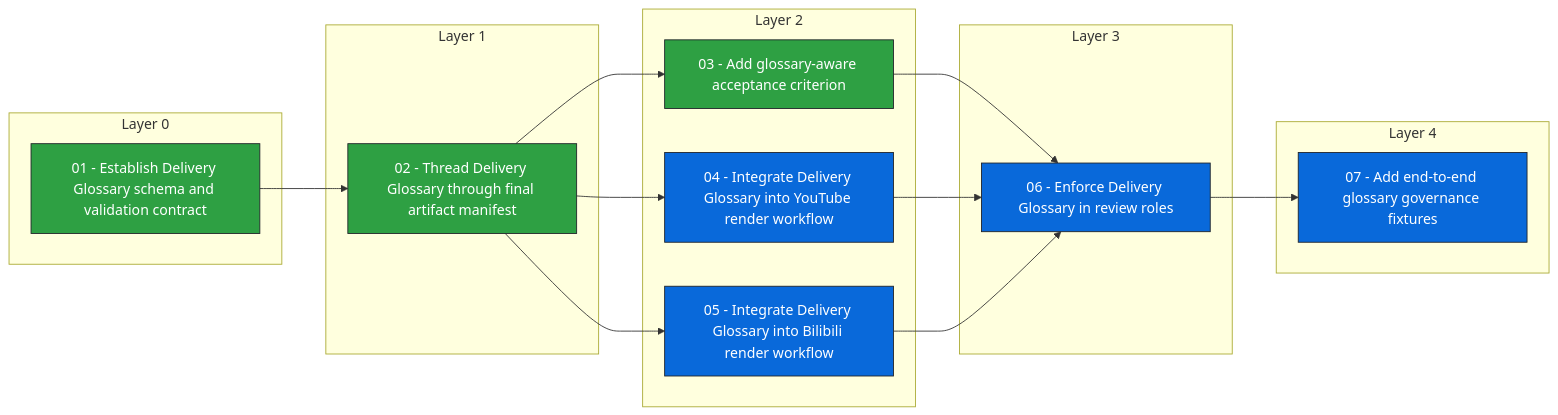
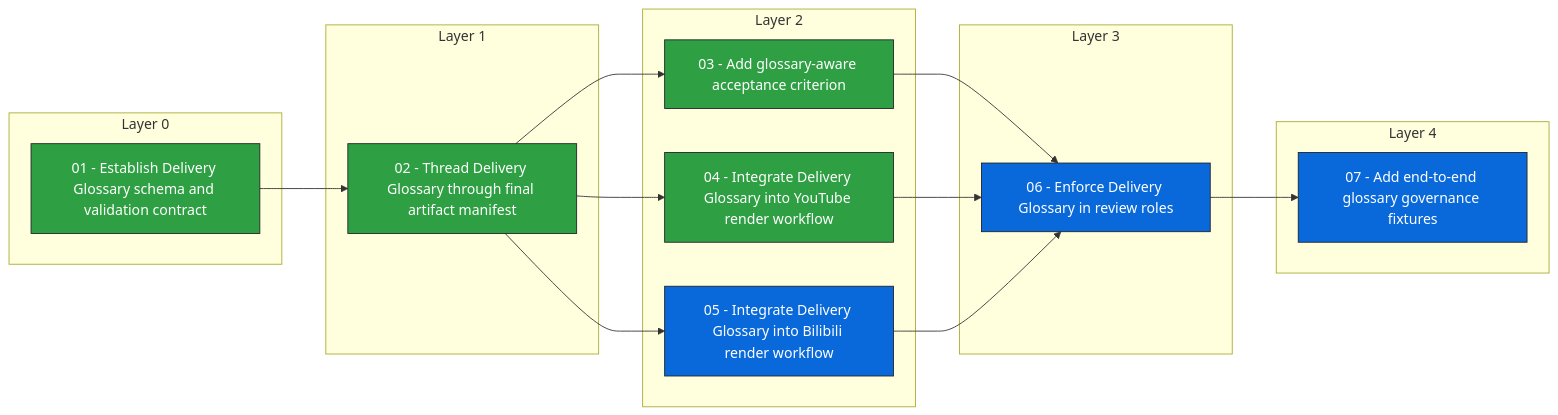
Before and after one commit to Nishijujuba/video2pdf: the diagram in docs/issues/_views/delivery-glossary-terminology-governance-dependencies.md, drawn with Mermaid. The commit also changed other lines of this file and 4 other files, not shown here.

Commit message:
Integrate delivery glossary into YouTube workflow

````diff
--- a/docs/issues/_views/delivery-glossary-terminology-governance-dependencies.md
+++ b/docs/issues/_views/delivery-glossary-terminology-governance-dependencies.md
@@ -26,44 +25,44 @@
 ```mermaid
 flowchart LR
   subgraph layer_0["Layer 0"]
     n_01_establish_delivery_glossary_schema_and_validation_contract["01 - Establish Delivery Glossary schema and validation contract"]
   end
   subgraph layer_1["Layer 1"]
     n_02_thread_delivery_glossary_through_final_artifact_manifest["02 - Thread Delivery Glossary through final artifact manifest"]
   end
   subgraph layer_2["Layer 2"]
     n_03_add_glossary_aware_acceptance_criterion["03 - Add glossary-aware acceptance criterion"]
     n_04_integrate_delivery_glossary_into_youtube_render_workflow["04 - Integrate Delivery Glossary into YouTube render workflow"]
     n_05_integrate_delivery_glossary_into_bilibili_render_workflow["05 - Integrate Delivery Glossary into Bilibili render workflow"]
   end
   subgraph layer_3["Layer 3"]
     n_06_enforce_delivery_glossary_in_review_roles["06 - Enforce Delivery Glossary in review roles"]
   end
   subgraph layer_4["Layer 4"]
     n_07_add_end_to_end_glossary_governance_fixtures["07 - Add end-to-end glossary governance fixtures"]
   end
   n_01_establish_delivery_glossary_schema_and_validation_contract --> n_02_thread_delivery_glossary_through_final_artifact_manifest
   n_02_thread_delivery_glossary_through_final_artifact_manifest --> n_03_add_glossary_aware_acceptance_criterion
   n_02_thread_delivery_glossary_through_final_artifact_manifest --> n_04_integrate_delivery_glossary_into_youtube_render_workflow
   n_02_thread_delivery_glossary_through_final_artifact_manifest --> n_05_integrate_delivery_glossary_into_bilibili_render_workflow
   n_03_add_glossary_aware_acceptance_criterion --> n_06_enforce_delivery_glossary_in_review_roles
   n_04_integrate_delivery_glossary_into_youtube_render_workflow --> n_06_enforce_delivery_glossary_in_review_roles
   n_05_integrate_delivery_glossary_into_bilibili_render_workflow --> n_06_enforce_delivery_glossary_in_review_roles
   n_06_enforce_delivery_glossary_in_review_roles --> n_07_add_end_to_end_glossary_governance_fixtures
   class n_01_establish_delivery_glossary_schema_and_validation_contract done
   class n_02_thread_delivery_glossary_through_final_artifact_manifest done
   class n_03_add_glossary_aware_acceptance_criterion done
-  class n_04_integrate_delivery_glossary_into_youtube_render_workflow ready_for_agent
+  class n_04_integrate_delivery_glossary_into_youtube_render_workflow done
   class n_05_integrate_delivery_glossary_into_bilibili_render_workflow ready_for_agent
   class n_06_enforce_delivery_glossary_in_review_roles ready_for_agent
   class n_07_add_end_to_end_glossary_governance_fixtures ready_for_agent
   classDef done fill:#2ea043,stroke:#1f2328,color:#ffffff
   classDef ready_for_agent fill:#0969da,stroke:#1f2328,color:#ffffff
   classDef ready_for_human fill:#8250df,stroke:#1f2328,color:#ffffff
   classDef in_progress fill:#d4a72c,stroke:#1f2328,color:#ffffff
   classDef blocked fill:#cf222e,stroke:#1f2328,color:#ffffff
   classDef in_review fill:#bc4c00,stroke:#1f2328,color:#ffffff
   classDef needs_info fill:#8c959f,stroke:#1f2328,color:#ffffff
   classDef needs_triage fill:#d0d7de,stroke:#1f2328,color:#ffffff
   classDef wontfix fill:#57606a,stroke:#1f2328,color:#ffffff
 ```
````
